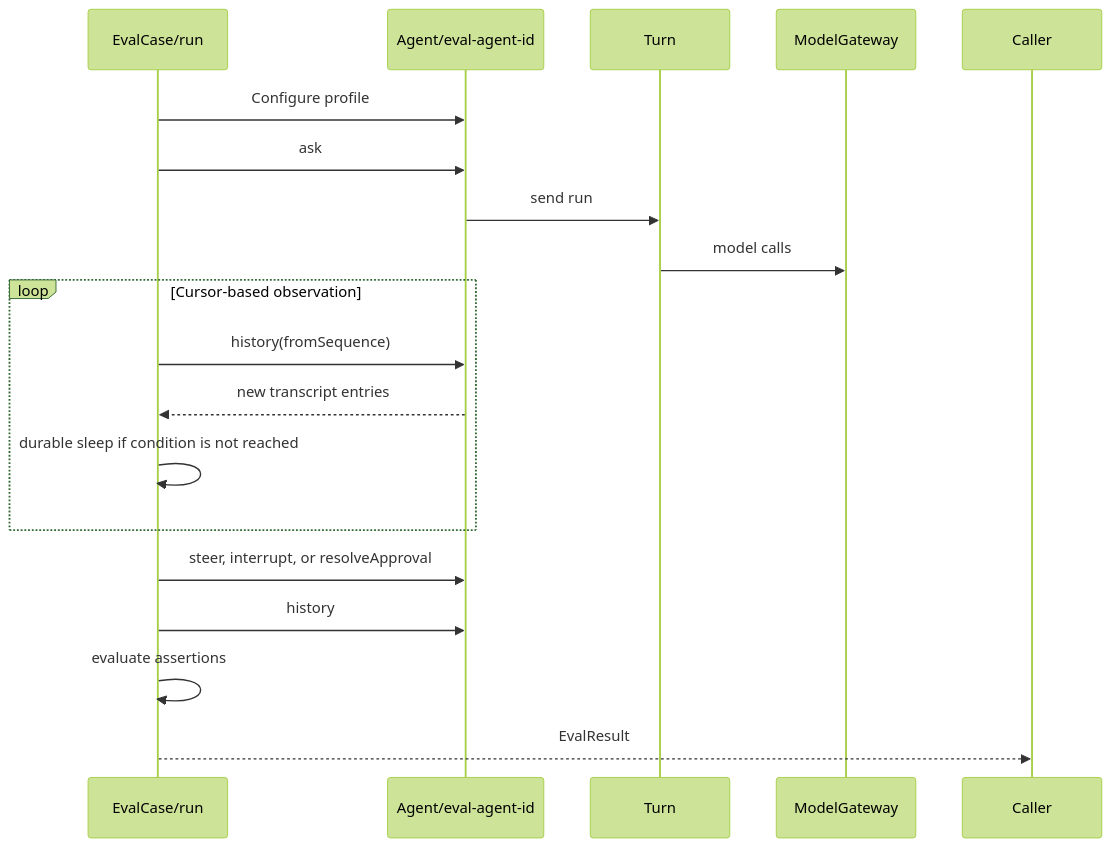
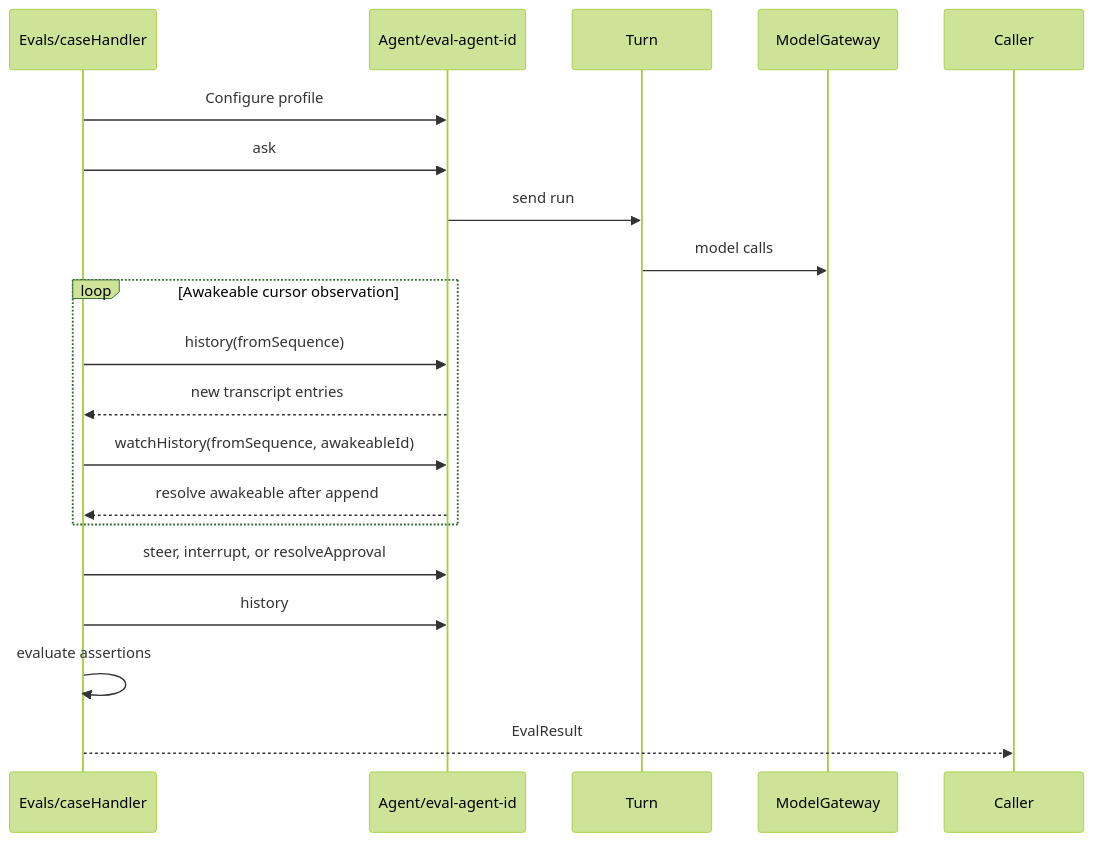
Before and after one commit to restatedev/agent: the diagram in packages/libs/example/EVALS.md, drawn with Mermaid (forest theme). The commit also changed other lines of this file and 5 other files, not shown here.

Commit message:
feat(example): add durable history-driven evals

````diff
--- a/packages/libs/example/EVALS.md
+++ b/packages/libs/example/EVALS.md
@@ -11,23 +11,24 @@
 ```mermaid
 sequenceDiagram
-  participant E as EvalCase/run
+  participant E as Evals/caseHandler
   participant A as Agent/eval-agent-id
   participant T as Turn
   participant M as ModelGateway
 
   E->>A: Configure profile
   E->>A: ask
   A->>T: send run
   T->>M: model calls
 
-  loop Cursor-based observation
+  loop Awakeable cursor observation
     E->>A: history(fromSequence)
     A-->>E: new transcript entries
-    E->>E: durable sleep if condition is not reached
+    E->>A: watchHistory(fromSequence, awakeableId)
+    A-->>E: resolve awakeable after append
   end
 
   E->>A: steer, interrupt, or resolveApproval
   E->>A: history
   E->>E: evaluate assertions
   E-->>Caller: EvalResult
 ```
````
